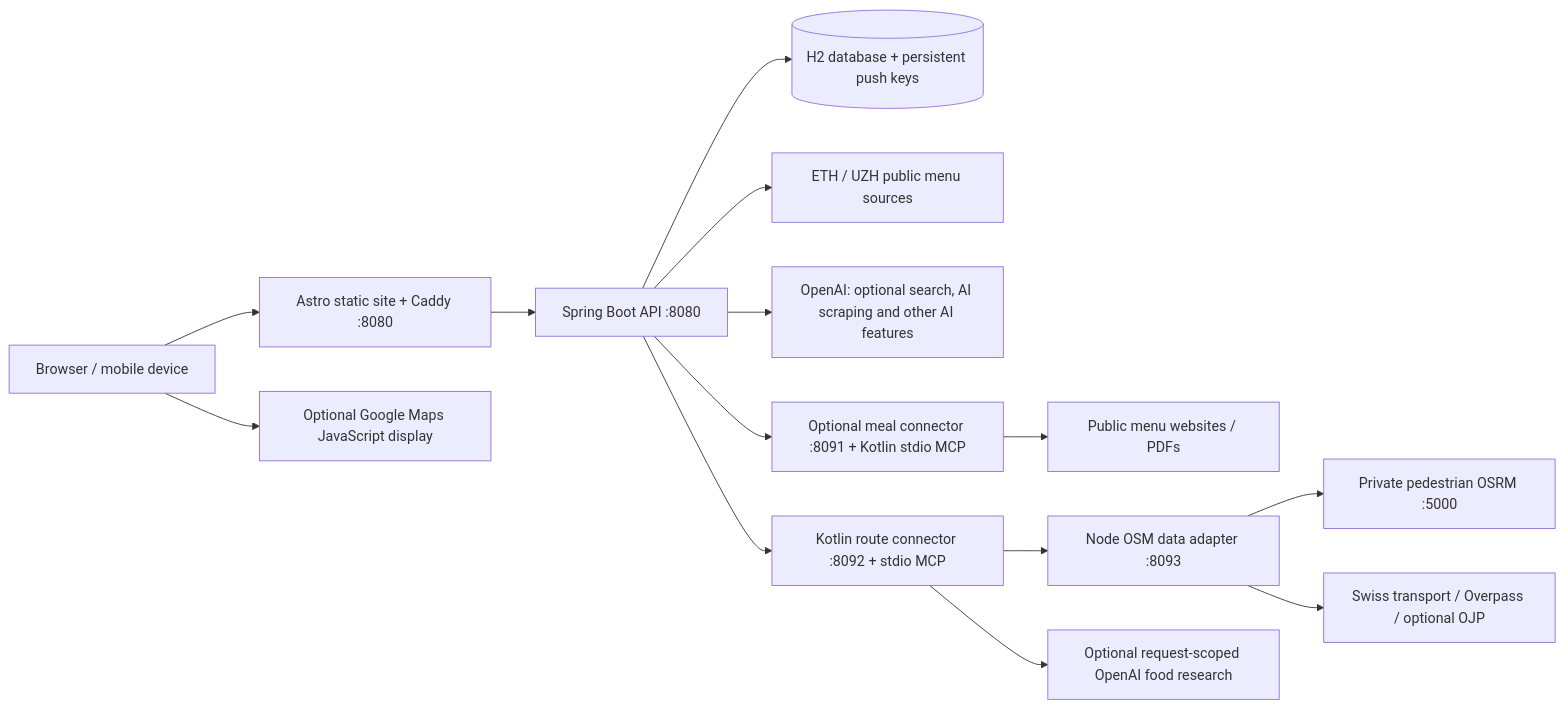
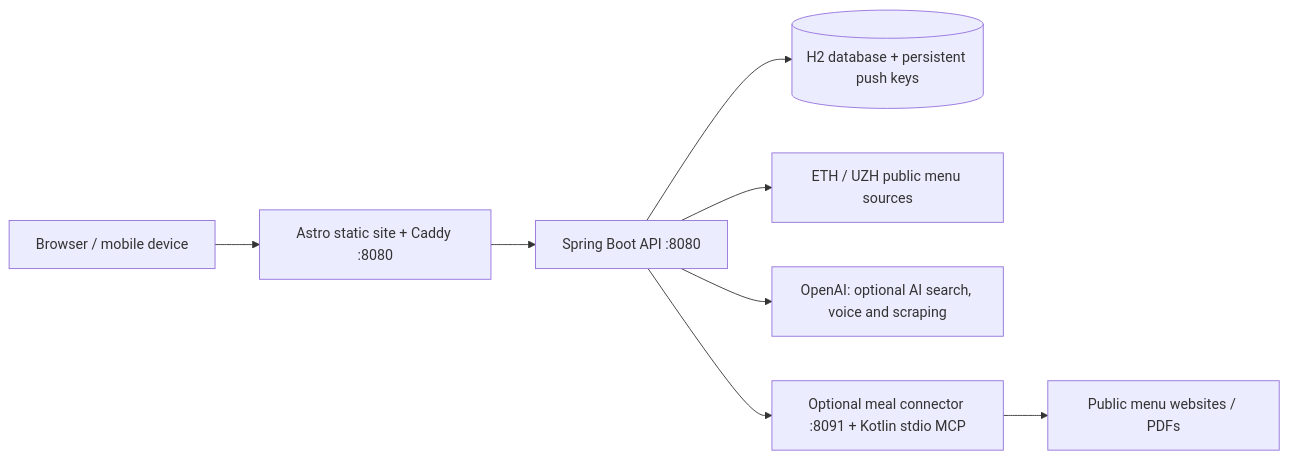
The diagram in README.md (gmiszori/VISard-Lizards), drawn with Mermaid before and after one commit. The commit also changed other lines of this file and 87 other files, not shown here.

````diff
--- a/README.md
+++ b/README.md
@@ -42,16 +41,10 @@
 ```mermaid
 flowchart LR
     Browser[Browser / mobile device] --> Frontend[Astro static site + Caddy :8080]
     Frontend --> Backend[Spring Boot API :8080]
     Backend --> Database[(H2 database + persistent push keys)]
     Backend --> Upstream[ETH / UZH public menu sources]
-    Backend --> OpenAI[OpenAI: optional search, AI scraping and other AI features]
+    Backend --> OpenAI[OpenAI: optional AI search, voice and scraping]
     Backend --> MealMCP[Optional meal connector :8091 + Kotlin stdio MCP]
     MealMCP --> Websites[Public menu websites / PDFs]
-    Backend --> RouteMCP[Kotlin route connector :8092 + stdio MCP]
-    RouteMCP --> Adapter[Node OSM data adapter :8093]
-    Adapter --> OSRM[Private pedestrian OSRM :5000]
-    Adapter --> Providers[Swiss transport / Overpass / optional OJP]
-    RouteMCP --> FoodAI[Optional request-scoped OpenAI food research]
-    Browser --> Map[Optional Google Maps JavaScript display]
 ```
````
